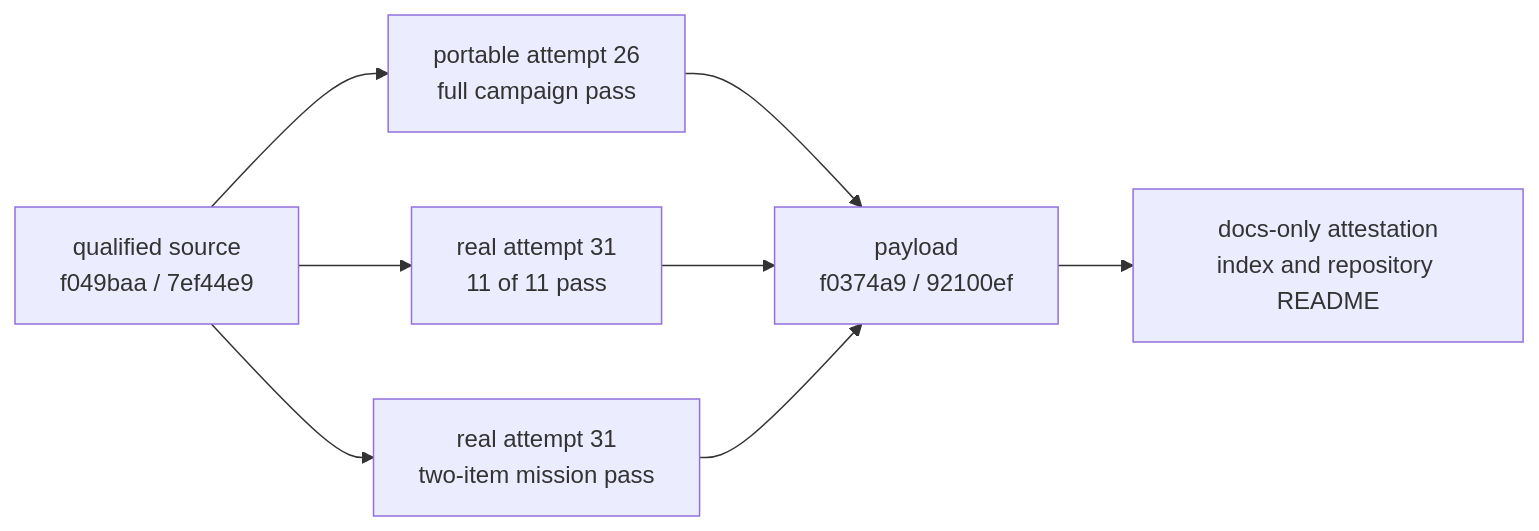
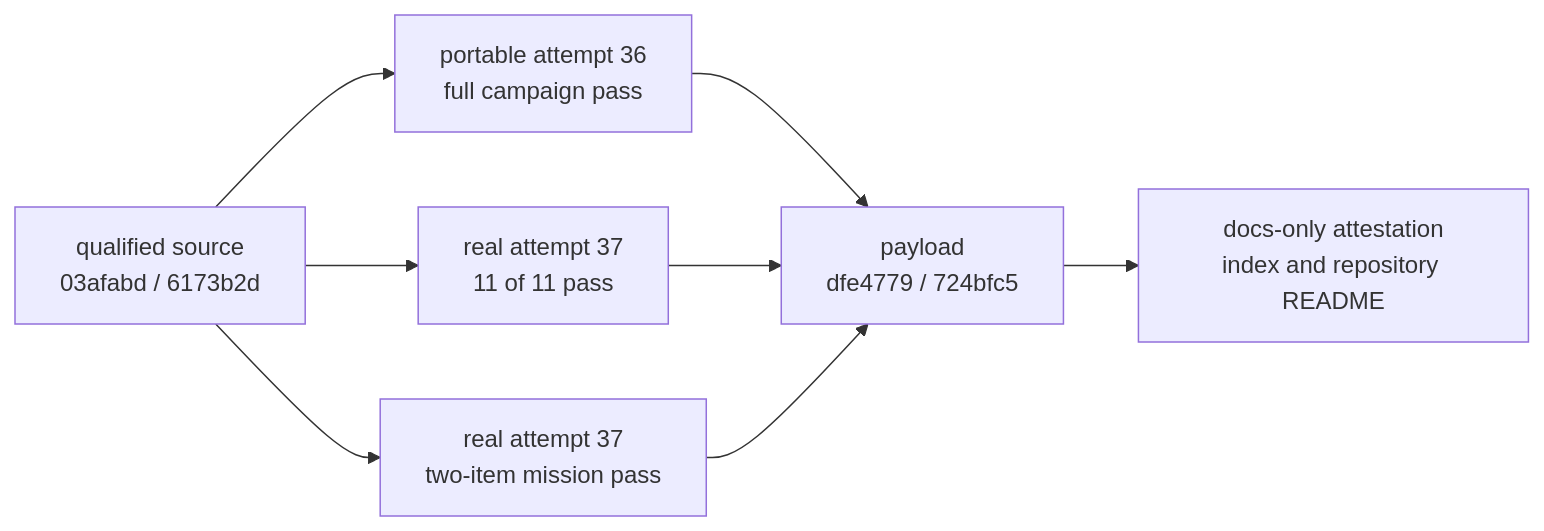
One commit to Ivan-Melck/spec-kitty-go changed the diagram in docs/phase3-evidence/README.md. Above: the diagram before and after it, drawn with Mermaid. The commit also changed other lines of this file and 1 other file, not shown here.

````diff
--- a/docs/phase3-evidence/README.md
+++ b/docs/phase3-evidence/README.md
@@ -48,17 +48,17 @@
 ```mermaid
 flowchart LR
-    Source["qualified source<br/>f049baa / 7ef44e9"]
-    Portable["portable attempt 26<br/>full campaign pass"]
-    Provider["real attempt 31<br/>11 of 11 pass"]
-    Mission["real attempt 31<br/>two-item mission pass"]
-    Payload["payload<br/>f0374a9 / 92100ef"]
+    Source["qualified source<br/>03afabd / 6173b2d"]
+    Portable["portable attempt 36<br/>full campaign pass"]
+    Provider["real attempt 37<br/>11 of 11 pass"]
+    Mission["real attempt 37<br/>two-item mission pass"]
+    Payload["payload<br/>dfe4779 / 724bfc5"]
     Attest["docs-only attestation<br/>index and repository README"]
 
     Source --> Portable
     Source --> Provider
     Source --> Mission
     Portable --> Payload
     Provider --> Payload
     Mission --> Payload
     Payload --> Attest
 ```
````
